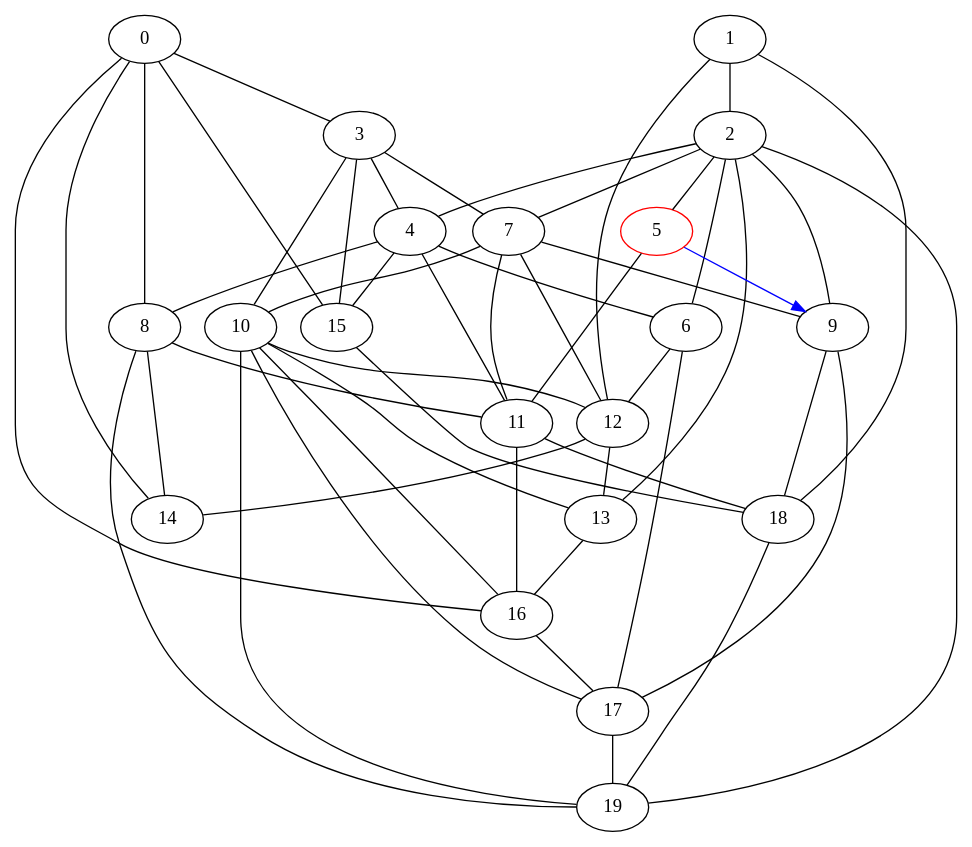
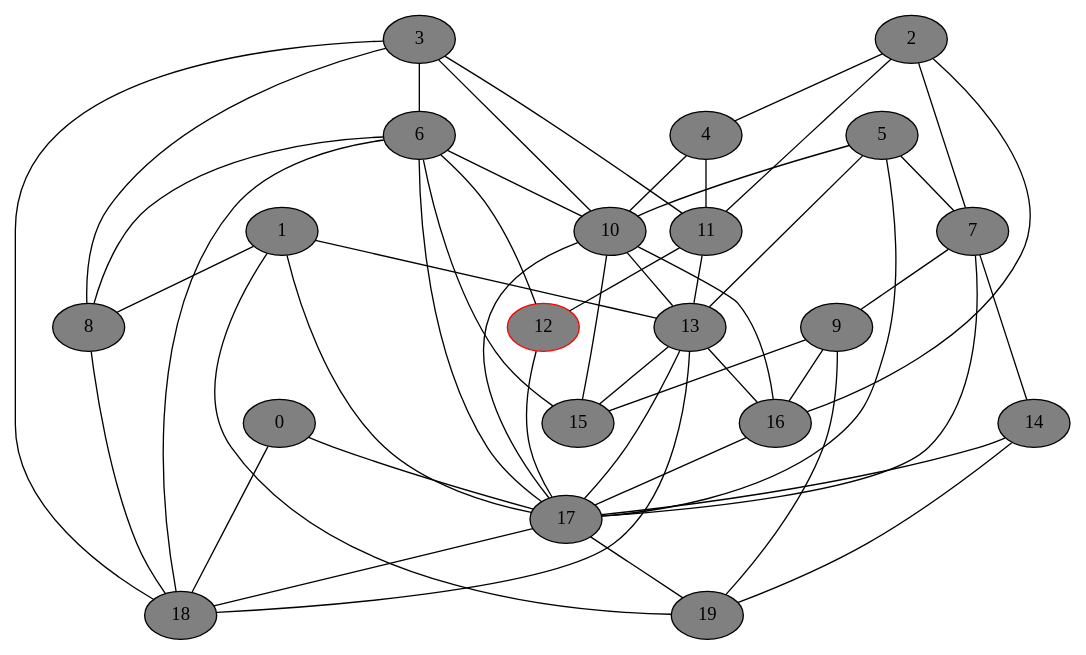
One commit to DSMishler/EBA_models changed the diagram in gv_graphs/nxt0447.dot. Above: the diagram before and after it, drawn with Graphviz. The commit also changed 1043 other files, not shown here.

Commit message:
second set of graphs

```diff
--- a/gv_graphs/nxt0447.dot
+++ b/gv_graphs/nxt0447.dot
@@ -1,74 +1,74 @@
 // network test graph
 digraph
 {
-	0 [fillcolor=gray,style=shaded,]
-	1 [fillcolor=gray,style=shaded,]
-	2 [fillcolor=gray,style=shaded,]
-	3 [fillcolor=gray,style=shaded,]
-	4 [fillcolor=gray,style=shaded,]
-	5 [fillcolor=gray,style=shaded,color=red,]
-	6 [fillcolor=gray,style=shaded,]
-	7 [fillcolor=gray,style=shaded,]
-	8 [fillcolor=gray,style=shaded,]
-	9 [fillcolor=gray,style=shaded,]
-	10 [fillcolor=gray,style=shaded,]
-	11 [fillcolor=gray,style=shaded,]
-	12 [fillcolor=gray,style=shaded,]
-	13 [fillcolor=gray,style=shaded,]
-	14 [fillcolor=gray,style=shaded,]
-	15 [fillcolor=gray,style=shaded,]
-	16 [fillcolor=gray,style=shaded,]
-	17 [fillcolor=gray,style=shaded,]
-	18 [fillcolor=gray,style=shaded,]
-	19 [fillcolor=gray,style=shaded,]
-	0 -> 3 [dir=none]
-	0 -> 8 [dir=none]
-	0 -> 14 [dir=none]
-	0 -> 15 [dir=none]
-	0 -> 16 [dir=none]
-	1 -> 2 [dir=none]
-	1 -> 12 [dir=none]
-	1 -> 18 [dir=none]
+	0 [fillcolor=gray,style=filled,]
+	1 [fillcolor=gray,style=filled,]
+	2 [fillcolor=gray,style=filled,]
+	3 [fillcolor=gray,style=filled,]
+	4 [fillcolor=gray,style=filled,]
+	5 [fillcolor=gray,style=filled,]
+	6 [fillcolor=gray,style=filled,]
+	7 [fillcolor=gray,style=filled,]
+	8 [fillcolor=gray,style=filled,]
+	9 [fillcolor=gray,style=filled,]
+	10 [fillcolor=gray,style=filled,]
+	11 [fillcolor=gray,style=filled,]
+	12 [fillcolor=gray,style=filled,color=red,]
+	13 [fillcolor=gray,style=filled,]
+	14 [fillcolor=gray,style=filled,]
+	15 [fillcolor=gray,style=filled,]
+	16 [fillcolor=gray,style=filled,]
+	17 [fillcolor=gray,style=filled,]
+	18 [fillcolor=gray,style=filled,]
+	19 [fillcolor=gray,style=filled,]
+	0 -> 17 [dir=none]
+	0 -> 18 [dir=none]
+	1 -> 8 [dir=none]
+	1 -> 13 [dir=none]
+	1 -> 17 [dir=none]
+	1 -> 19 [dir=none]
 	2 -> 4 [dir=none]
-	2 -> 5 [dir=none]
-	2 -> 6 [dir=none]
 	2 -> 7 [dir=none]
-	2 -> 9 [dir=none]
-	2 -> 13 [dir=none]
-	2 -> 19 [dir=none]
-	3 -> 4 [dir=none]
-	3 -> 7 [dir=none]
+	2 -> 11 [dir=none]
+	2 -> 16 [dir=none]
+	3 -> 6 [dir=none]
+	3 -> 8 [dir=none]
 	3 -> 10 [dir=none]
-	3 -> 15 [dir=none]
-	4 -> 6 [dir=none]
-	4 -> 8 [dir=none]
+	3 -> 11 [dir=none]
+	3 -> 18 [dir=none]
+	4 -> 10 [dir=none]
 	4 -> 11 [dir=none]
-	4 -> 15 [dir=none]
-	5 -> 9 [dir=forward,color=blue,]
-	5 -> 11 [dir=none]
+	5 -> 7 [dir=none]
+	5 -> 10 [dir=none]
+	5 -> 13 [dir=none]
+	5 -> 17 [dir=none]
+	6 -> 8 [dir=none]
+	6 -> 10 [dir=none]
 	6 -> 12 [dir=none]
+	6 -> 15 [dir=none]
 	6 -> 17 [dir=none]
+	6 -> 18 [dir=none]
 	7 -> 9 [dir=none]
-	7 -> 10 [dir=none]
-	7 -> 11 [dir=none]
-	7 -> 12 [dir=none]
-	8 -> 11 [dir=none]
-	8 -> 14 [dir=none]
-	8 -> 19 [dir=none]
-	9 -> 17 [dir=none]
-	9 -> 18 [dir=none]
-	10 -> 12 [dir=none]
+	7 -> 14 [dir=none]
+	7 -> 17 [dir=none]
+	8 -> 18 [dir=none]
+	9 -> 15 [dir=none]
+	9 -> 16 [dir=none]
+	9 -> 19 [dir=none]
 	10 -> 13 [dir=none]
+	10 -> 15 [dir=none]
 	10 -> 16 [dir=none]
 	10 -> 17 [dir=none]
-	10 -> 19 [dir=none]
-	11 -> 16 [dir=none]
-	11 -> 18 [dir=none]
-	12 -> 13 [dir=none]
-	12 -> 14 [dir=none]
+	11 -> 12 [dir=none]
+	11 -> 13 [dir=none]
+	12 -> 17 [dir=none]
+	13 -> 15 [dir=none]
 	13 -> 16 [dir=none]
-	15 -> 18 [dir=none]
+	13 -> 17 [dir=none]
+	13 -> 18 [dir=none]
+	14 -> 17 [dir=none]
+	14 -> 19 [dir=none]
 	16 -> 17 [dir=none]
+	17 -> 18 [dir=none]
 	17 -> 19 [dir=none]
-	18 -> 19 [dir=none]
 }
```
